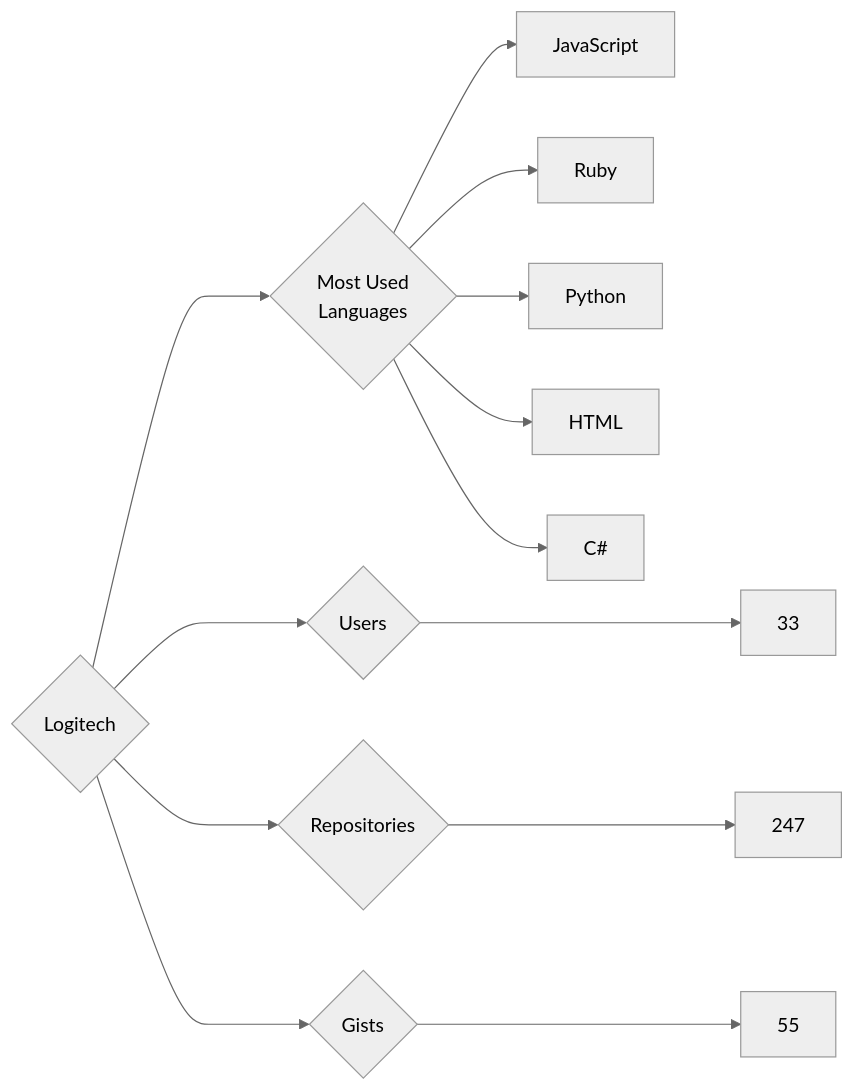
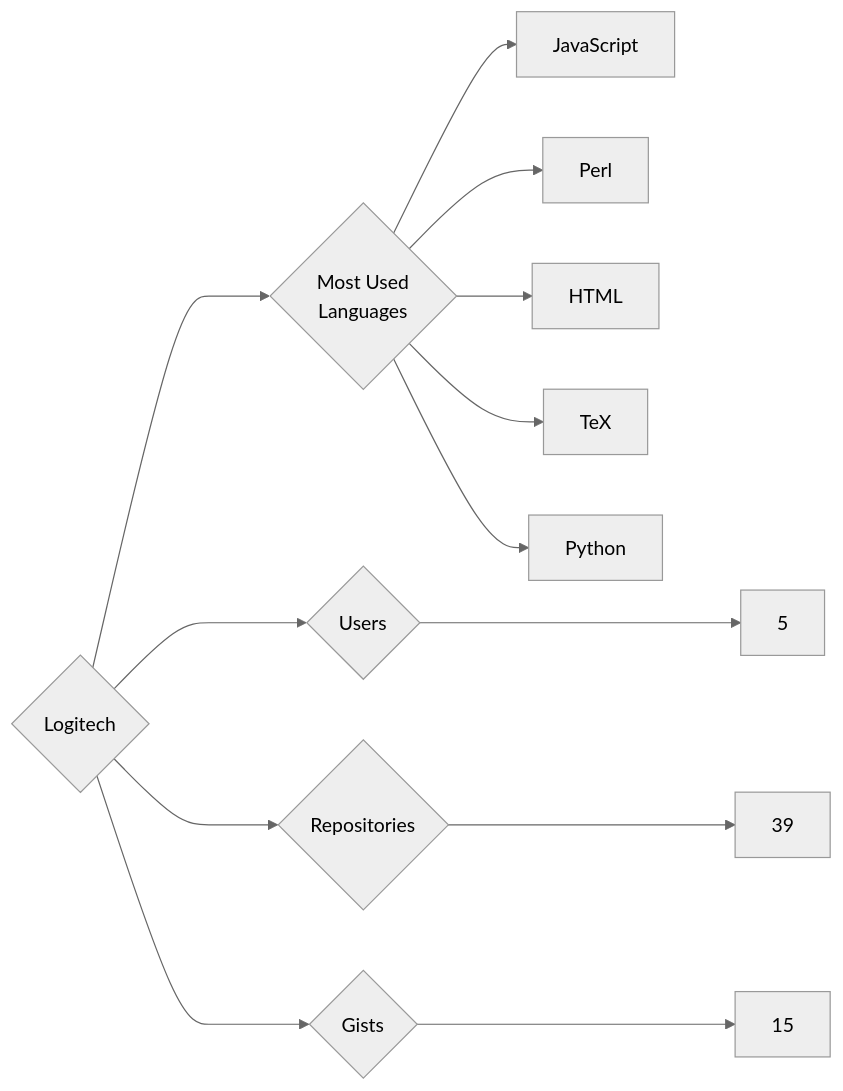
One commit to trickest/insiders changed the diagram in targets/Logitech/README.md. Above: the diagram before and after it, drawn with Mermaid (neutral theme). The commit also changed 773 other files, not shown here.

````diff
--- a/targets/Logitech/README.md
+++ b/targets/Logitech/README.md
@@ -3,13 +3,13 @@
 ```mermaid
 graph LR
 COMPANY_NAME{Logitech}
-COMPANY_NAME ---> U{Users} ---> UN[33]
-COMPANY_NAME ---> R{Repositories} ---> RN[247]
-COMPANY_NAME ---> G{Gists} ---> GN[55]
+COMPANY_NAME ---> U{Users} ---> UN[5]
+COMPANY_NAME ---> R{Repositories} ---> RN[39]
+COMPANY_NAME ---> G{Gists} ---> GN[15]
 COMPANY_NAME ---> ML{Most Used<br>Languages}
 ML --> JavaScript[JavaScript]
-ML --> Ruby[Ruby]
+ML --> Perl[Perl]
+ML --> HTML[HTML]
+ML --> TeX[TeX]
 ML --> Python[Python]
-ML --> HTML[HTML]
-ML --> C#[C#]
 ```
````
